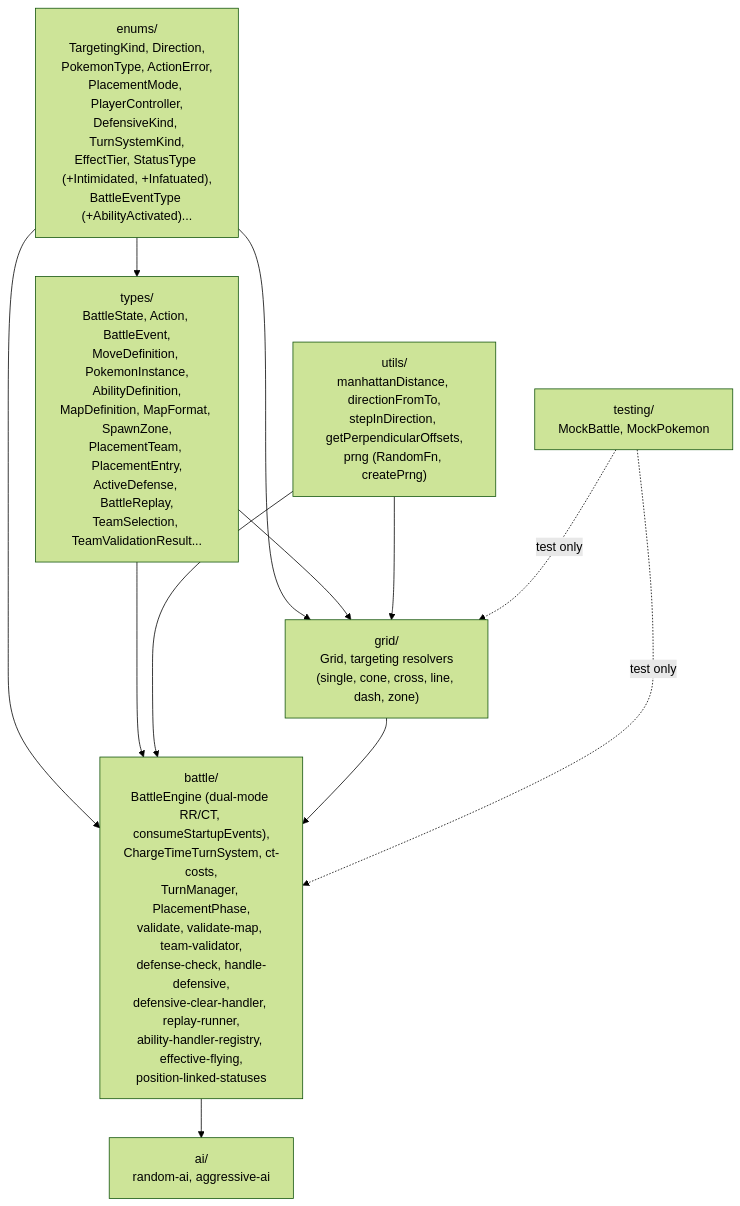
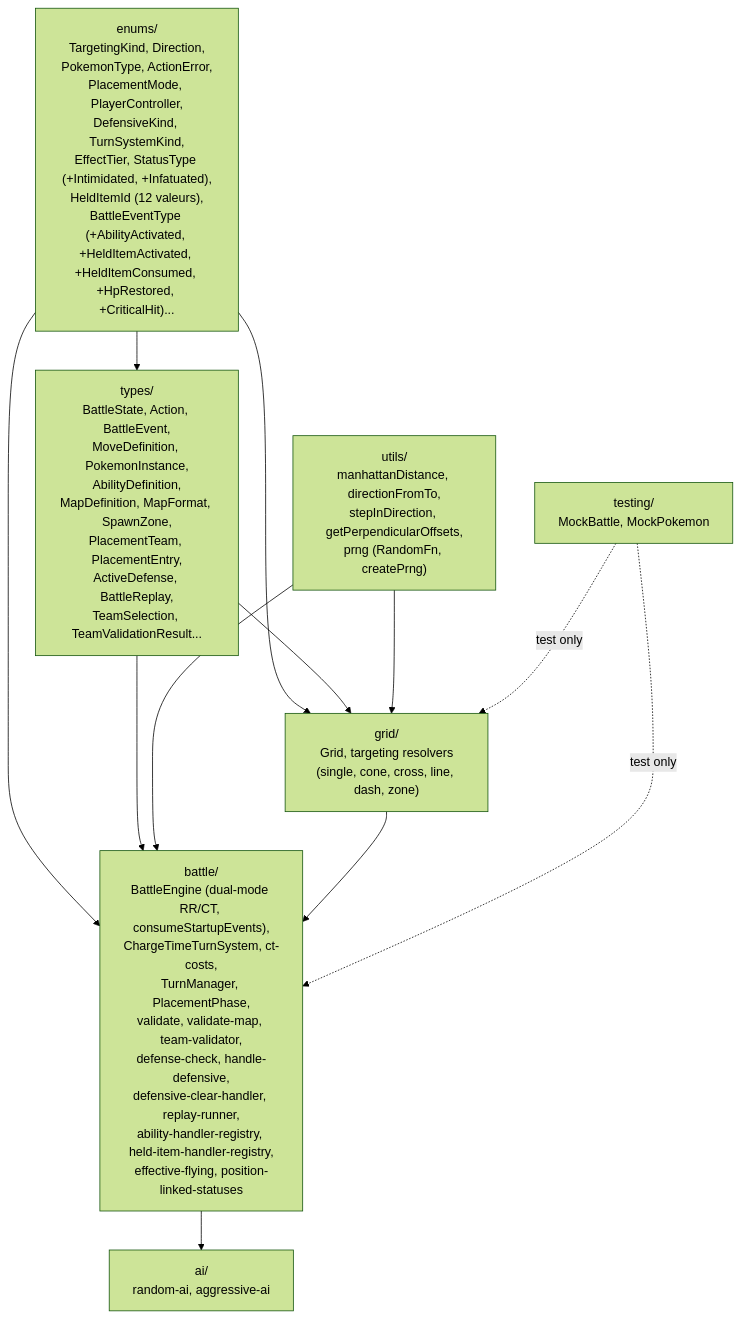
The second of 4 diagrams in docs/architecture.md (kekel87/pokemon-tactics), drawn with Mermaid (forest theme) before and after one commit. The commit also changed other lines of this file and 43 other files, not shown here.

Commit message:
feat(core,data,renderer): implement held items system with 8 hooks and critical hits (plan 073)

````diff
--- a/docs/architecture.md
+++ b/docs/architecture.md
@@ -196,22 +197,22 @@
 ```mermaid
 graph TD
-    enums["enums/<br/>TargetingKind, Direction,<br/>PokemonType, ActionError,<br/>PlacementMode, PlayerController,<br/>DefensiveKind, TurnSystemKind,<br/>EffectTier, StatusType (+Intimidated, +Infatuated),<br/>BattleEventType (+AbilityActivated)..."]
+    enums["enums/<br/>TargetingKind, Direction,<br/>PokemonType, ActionError,<br/>PlacementMode, PlayerController,<br/>DefensiveKind, TurnSystemKind,<br/>EffectTier, StatusType (+Intimidated, +Infatuated),<br/>HeldItemId (12 valeurs),<br/>BattleEventType (+AbilityActivated, +HeldItemActivated, +HeldItemConsumed, +HpRestored, +CriticalHit)..."]
     types["types/<br/>BattleState, Action, BattleEvent,<br/>MoveDefinition, PokemonInstance,<br/>AbilityDefinition,<br/>MapDefinition, MapFormat, SpawnZone,<br/>PlacementTeam, PlacementEntry,<br/>ActiveDefense, BattleReplay,<br/>TeamSelection, TeamValidationResult..."]
     utils["utils/<br/>manhattanDistance, directionFromTo,<br/>stepInDirection, getPerpendicularOffsets,<br/>prng (RandomFn, createPrng)"]
     grid["grid/<br/>Grid, targeting resolvers<br/>(single, cone, cross, line, dash, zone)"]
-    battle["battle/<br/>BattleEngine (dual-mode RR/CT, consumeStartupEvents),<br/>ChargeTimeTurnSystem, ct-costs,<br/>TurnManager, PlacementPhase,<br/>validate, validate-map, team-validator,<br/>defense-check, handle-defensive,<br/>defensive-clear-handler, replay-runner,<br/>ability-handler-registry, effective-flying,<br/>position-linked-statuses"]
+    battle["battle/<br/>BattleEngine (dual-mode RR/CT, consumeStartupEvents),<br/>ChargeTimeTurnSystem, ct-costs,<br/>TurnManager, PlacementPhase,<br/>validate, validate-map, team-validator,<br/>defense-check, handle-defensive,<br/>defensive-clear-handler, replay-runner,<br/>ability-handler-registry, held-item-handler-registry,<br/>effective-flying, position-linked-statuses"]
     ai["ai/<br/>random-ai, aggressive-ai"]
     testing["testing/<br/>MockBattle, MockPokemon"]
 
     enums --> types
     enums --> grid
     enums --> battle
     types --> grid
     types --> battle
     utils --> grid
     utils --> battle
     grid --> battle
     battle --> ai
     testing -.->|test only| battle
     testing -.->|test only| grid
 ```
````
